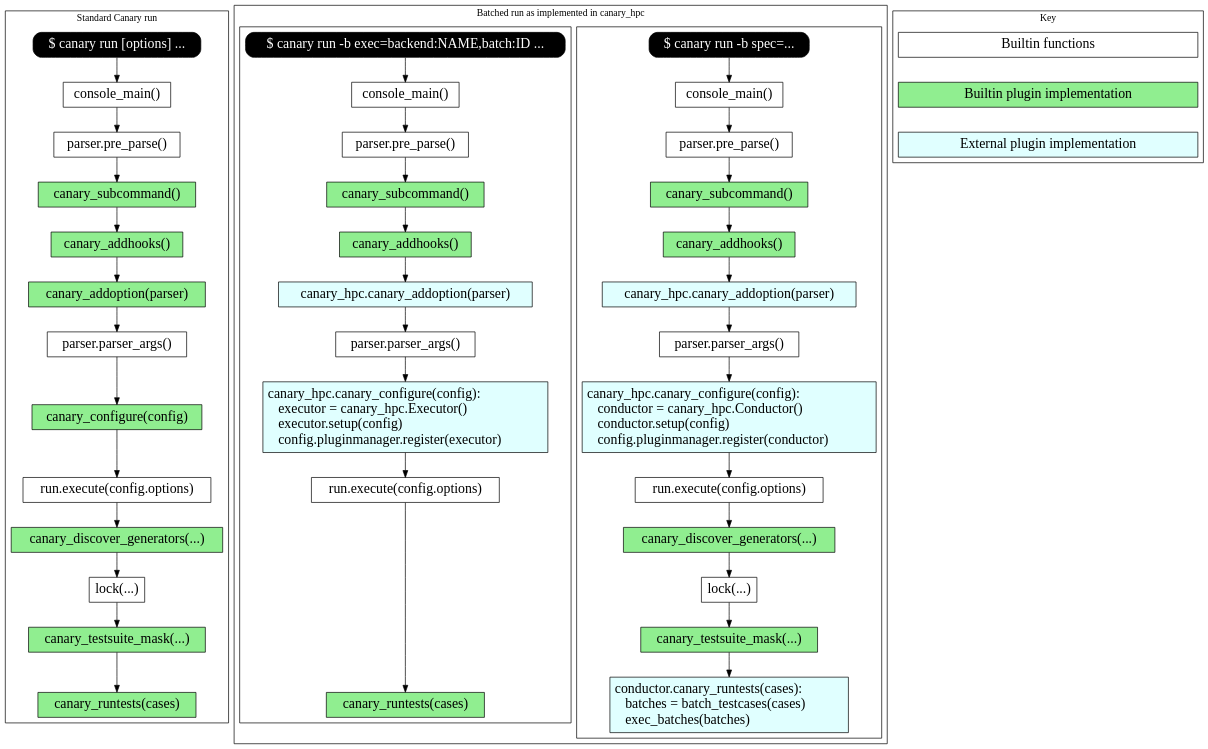
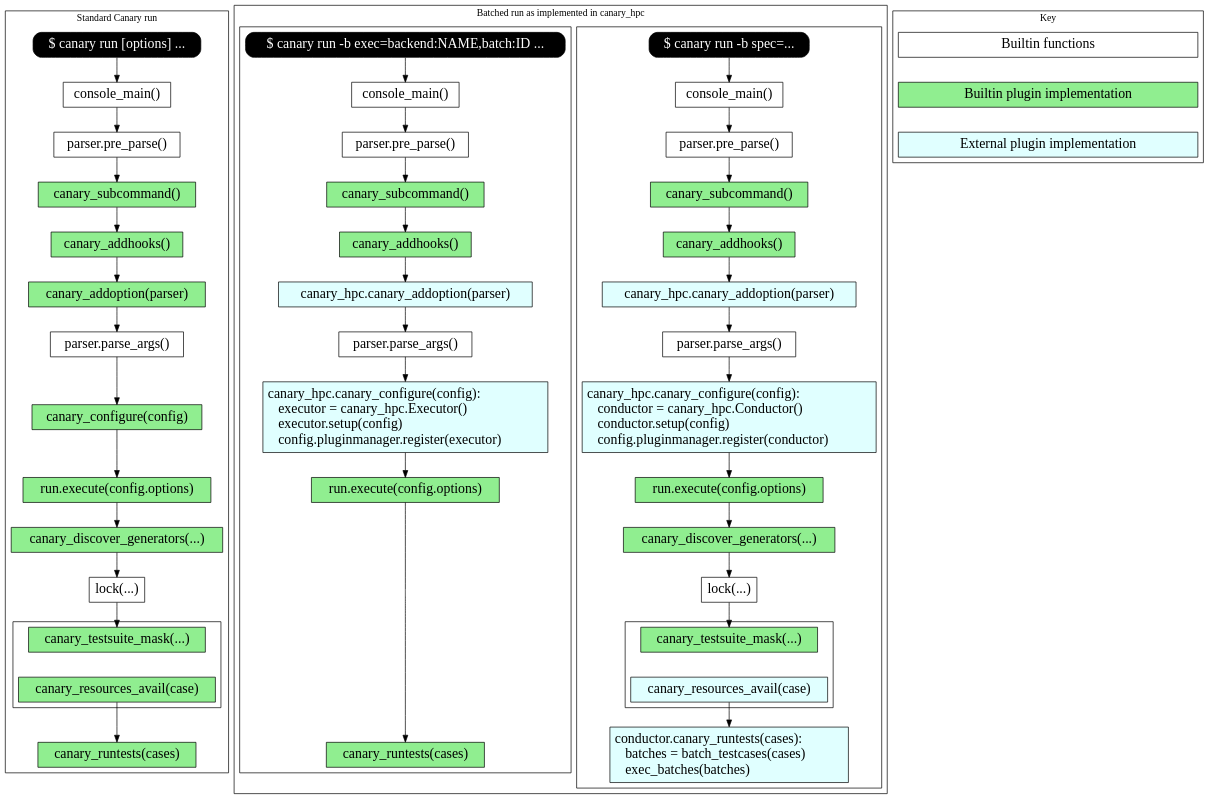
Before and after one commit to sandialabs/canary: the diagram in docs/source/dot/Design2.dot, drawn with Graphviz. The commit also changed 60 other files, not shown here.

```diff
--- a/docs/source/dot/Design2.dot
+++ b/docs/source/dot/Design2.dot
@@ -1,105 +1,116 @@
 digraph G {
 
 newrank=true;
 bgcolor=transparent;
 rankdir=TB;
 compount=true;
 
 node[
   fontname=Monaco,
   penwidth=1,
   fontsize=20,
   margin=.1,
   shape=box,
   ordering=out
 ]
 
 
 run [label="$ canary run [options] ...", shape="box", fontcolor="white", style="rounded,filled", fillcolor="black"]
 run_0 [label="$ canary run -b spec=...", shape="box", fontcolor="white", style="rounded,filled", fillcolor="black"]
 run_1 [label="$ canary run -b exec=backend:NAME,batch:ID ...", shape="box", fontcolor="white", style="rounded,filled", fillcolor="black"]
 
-run_execute [label="run.execute(config.options)"]
-run_execute_0 [label="run.execute(config.options)"]
-run_execute_1 [label="run.execute(config.options)"]
+run_execute [label="run.execute(config.options)", style="filled", fillcolor="lightgreen"]
+run_execute_0 [label="run.execute(config.options)", style="filled", fillcolor="lightgreen"]
+run_execute_1 [label="run.execute(config.options)", style="filled", fillcolor="lightgreen"]
 
 main [label="console_main()"]
 main_0 [label="console_main()"]
 main_1 [label="console_main()"]
 
 preparse [label="parser.pre_parse()", tooltip="Parse command line for -p PLUGIN and register with plugin manager"]
 preparse_0 [label="parser.pre_parse()", tooltip="Parse command line for -p PLUGIN and register with plugin manager"]
 preparse_1 [label="parser.pre_parse()", tooltip="Parse command line for -p PLUGIN and register with plugin manager"]
 
 canary_subcommand [label="canary_subcommand()", tooltip="Add subcommands to canary", style="filled", fillcolor="lightgreen"]
 canary_subcommand_0 [label="canary_subcommand()", tooltip="Add subcommands to canary", style="filled", fillcolor="lightgreen"]
 canary_subcommand_1 [label="canary_subcommand()", tooltip="Add subcommands to canary", style="filled", fillcolor="lightgreen"]
 
 canary_addhooks [label="canary_addhooks()", tooltip="Add additional plugin hooks to canary", style="filled", fillcolor="lightgreen"]
 canary_addhooks_0 [label="canary_addhooks()", tooltip="Add additional plugin hooks to canary", style="filled", fillcolor="lightgreen"]
 canary_addhooks_1 [label="canary_addhooks()", tooltip="Add additional plugin hooks to canary", style="filled", fillcolor="lightgreen"]
 
-parse_args [label="parser.parser_args()", tooltip="parse the command line and determine subcommand to run"]
-parse_args_0 [label="parser.parser_args()", tooltip="parse the command line and determine subcommand to run"]
-parse_args_1 [label="parser.parser_args()", tooltip="parse the command line and determine subcommand to run"]
+parse_args [label="parser.parse_args()", tooltip="parse the command line and determine subcommand to run"]
+parse_args_0 [label="parser.parse_args()", tooltip="parse the command line and determine subcommand to run"]
+parse_args_1 [label="parser.parse_args()", tooltip="parse the command line and determine subcommand to run"]
 
 canary_discover_generators [label="canary_discover_generators(...)", tooltip="Search directories for testcase generators", style="filled", fillcolor="lightgreen"]
 canary_discover_generators_0 [label="canary_discover_generators(...)", tooltip="Search directories for testcase generators", style="filled", fillcolor="lightgreen"]
+
 lock [label="lock(...)", tooltip="Generate testcases from generators"]
 lock_0 [label="lock(...)", tooltip="Generate testcases from generators"]
+
 canary_testsuite_mask [label="canary_testsuite_mask(...)", tooltip="Filter tests", style="filled", fillcolor="lightgreen"]
 canary_testsuite_mask_0 [label="canary_testsuite_mask(...)", tooltip="Filter tests", style="filled", fillcolor="lightgreen"]
+
+canary_resources_avail [label="canary_resources_avail(case)", tooltip="Filter tests", style="filled", fillcolor="lightgreen"]
+canary_resources_avail_0 [label="canary_resources_avail(case)", tooltip="Filter tests", style="filled", fillcolor="lightcyan"]
 
 canary_runtests [label="canary_runtests(cases)", tooltip="Run test cases asynchronously", style="filled", fillcolor="lightgreen"]
 canary_runtests_0 [label="canary_runtests(cases)", tooltip="Run test cases asynchronously", style="filled", fillcolor="lightgreen"]
 hpc_runtests [label="conductor.canary_runtests(cases):\l    batches = batch_testcases(cases)\l    exec_batches(batches)\l", style="filled", fillcolor="lightcyan", tooltip="Run batches asynchronously"]
 
 canary_configure [label="canary_configure(config)", tooltip="Add configurations", style="filled", fillcolor="lightgreen"]
 hpc_configure_0 [label="canary_hpc.canary_configure(config):\l    conductor = canary_hpc.Conductor()\l    conductor.setup(config)\l    config.pluginmanager.register(conductor)\l", style="filled", fillcolor="lightcyan", tooltip="For batched runs, the canary_hpc.Conductor manages batching and running test cases."]
-hpc_configure_1 [label="canary_hpc.canary_configure(config):\l    executor = canary_hpc.Executor()\l    executor.setup(config)\l    config.pluginmanager.register(executor)\l", style="filled", fillcolor="lightcyan", tooltip="For batched runs, the canary_hpc.Conductor manages in-process running of test cases within a batch."]
+hpc_configure_1 [label="canary_hpc.canary_configure(config):\l    executor = canary_hpc.Executor()\l    executor.setup(config)\l    config.pluginmanager.register(executor)\l", style="filled", fillcolor="lightcyan", tooltip="For batched runs, the canary_hpc.Executor manages in-process running of test cases within a batch."]
 
 canary_addoption [label="canary_addoption(parser)", style="filled", fillcolor="lightgreen", tooltip="Add canary_hpc command line options"]
 hpc_addoption [label="canary_hpc.canary_addoption(parser)", style="filled", fillcolor="lightcyan", tooltip="Add canary_hpc command line options"]
 hpc_addoption_1 [label="canary_hpc.canary_addoption(parser)", style="filled", fillcolor="lightcyan", tooltip="Add canary_hpc command line options"]
 
 builtin  [label="Builtin functions", width=6]
 standard [label="Builtin plugin implementation", style="filled", fillcolor="lightgreen", width=6]
 outside  [label="External plugin implementation", style="filled", fillcolor="lightcyan", width=6]
 
 subgraph cluster_00 {
   label="Key"
   builtin -> standard -> outside [style="invis"]
 }
 
 subgraph cluster_10 {
-  label="Standard Canary run";
   run -> main -> preparse -> canary_subcommand
   canary_subcommand -> canary_addhooks -> canary_addoption -> parse_args
   parse_args -> canary_configure -> run_execute -> canary_discover_generators -> lock -> canary_testsuite_mask
-  canary_testsuite_mask -> canary_runtests
+  subgraph cluster_11 {
+    canary_testsuite_mask -> canary_resources_avail [style="invis"]
+  }
+  canary_resources_avail -> canary_runtests
+  label="Standard Canary run";
 }
 
 subgraph cluster_20 {
 subgraph cluster_21 {
   run_0 -> main_0 -> preparse_0 -> canary_subcommand_0
   canary_subcommand_0 -> canary_addhooks_0 -> hpc_addoption -> parse_args_0
   parse_args_0 -> hpc_configure_0
   hpc_configure_0 -> run_execute_0 -> canary_discover_generators_0 -> lock_0 -> canary_testsuite_mask_0
-  canary_testsuite_mask_0 -> hpc_runtests
+  subgraph cluster_22 {
+    canary_testsuite_mask_0 -> canary_resources_avail_0 [style="invis"]
+  }
+  canary_resources_avail_0 -> hpc_runtests
 }
 subgraph cluster_22 {
   run_1 -> main_1 -> preparse_1 -> canary_subcommand_1
   canary_subcommand_1 -> canary_addhooks_1 -> hpc_addoption_1 -> parse_args_1
   parse_args_1 -> hpc_configure_1
   hpc_configure_1 -> run_execute_1 -> canary_runtests_0
 }
   label="Batched run as implemented in canary_hpc";
 }
 
 {rank="same"; run; run_0; run_1}
 {rank="same"; parse_args; parse_args_0; parse_args_1}
 {rank="same"; canary_configure; hpc_configure_0; hpc_configure_1}
 {rank="same"; run_execute; run_execute_0; run_execute_1}
 {rank="same"; canary_runtests; hpc_runtests; canary_runtests_0}
 
 }
```
